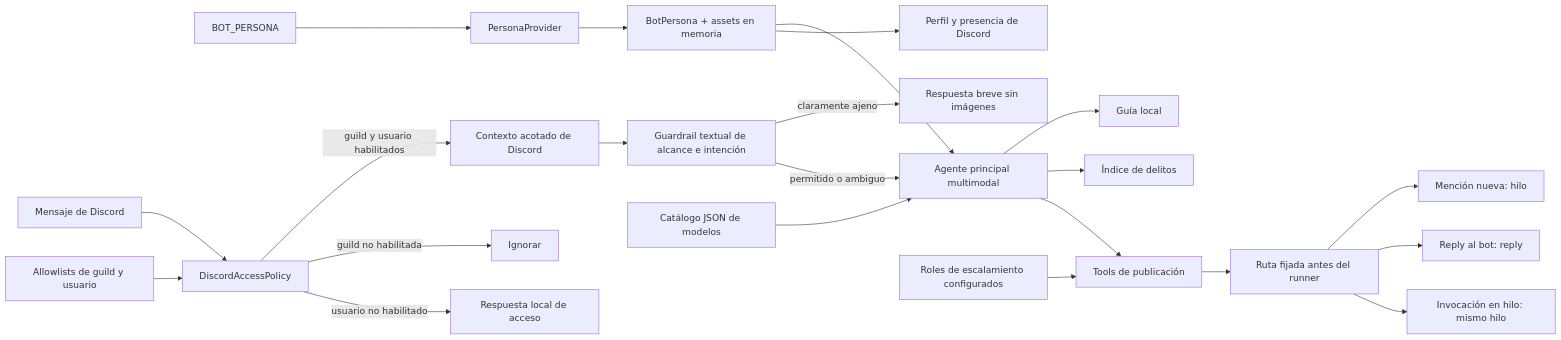
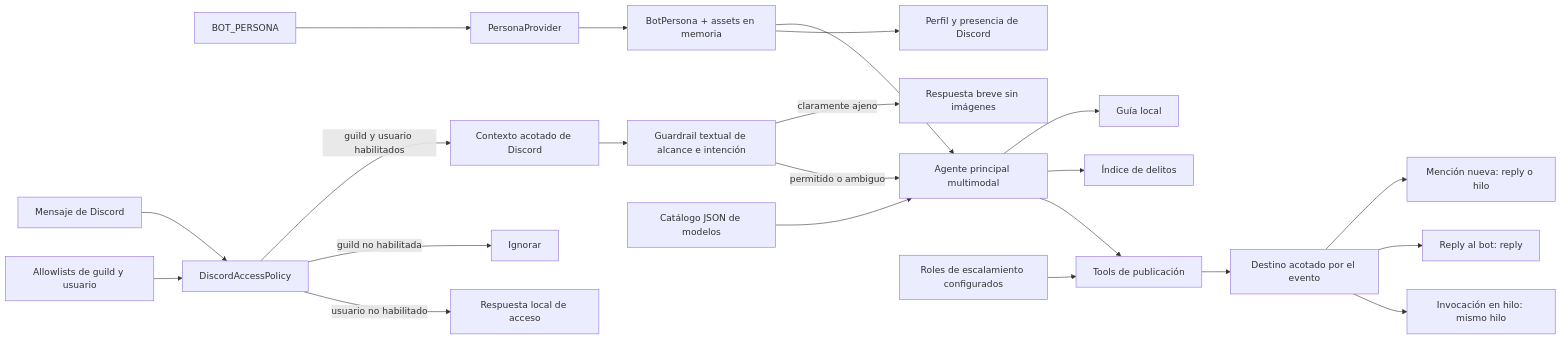
The diagram in docs/ARCHITECTURE.md (SouthViking/arrest-report-agent), drawn with Mermaid before and after one commit. The commit also changed other lines of this file and 15 other files, not shown here.

````diff
--- a/docs/ARCHITECTURE.md
+++ b/docs/ARCHITECTURE.md
@@ -5,24 +5,24 @@
 ```mermaid
 flowchart LR
     V["BOT_PERSONA"] --> B["PersonaProvider"]
     B --> Q["BotPersona + assets en memoria"]
     Q --> R
     Q --> Y["Perfil y presencia de Discord"]
     M["Mensaje de Discord"] --> T["DiscordAccessPolicy"]
     A["Allowlists de guild y usuario"] --> T
     T -->|"guild y usuario habilitados"| C["Contexto acotado de Discord"]
     T -->|"guild no habilitada"| I["Ignorar"]
     T -->|"usuario no habilitado"| U["Respuesta local de acceso"]
     C --> S["Guardrail textual de alcance e intención"]
     S -->|"claramente ajeno"| O["Respuesta breve sin imágenes"]
     S -->|"permitido o ambiguo"| R["Agente principal multimodal"]
     J["Catálogo JSON de modelos"] --> R
     R --> G["Guía local"]
     R --> D["Índice de delitos"]
     R --> P["Tools de publicación"]
     E["Roles de escalamiento configurados"] --> P
-    P --> X["Ruta fijada antes del runner"]
-    X --> H["Mención nueva: hilo"]
+    P --> X["Destino acotado por el evento"]
+    X --> H["Mención nueva: reply o hilo"]
     X --> N["Reply al bot: reply"]
     X --> F["Invocación en hilo: mismo hilo"]
 ```
````
